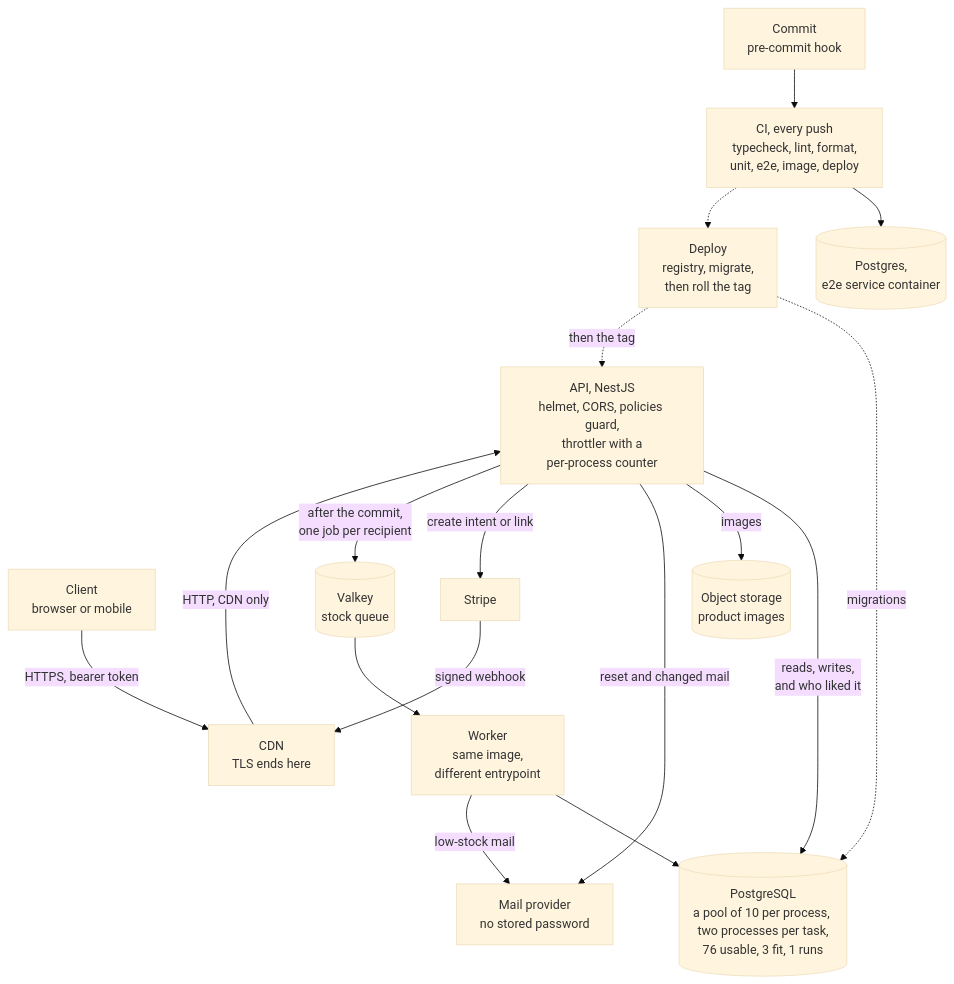
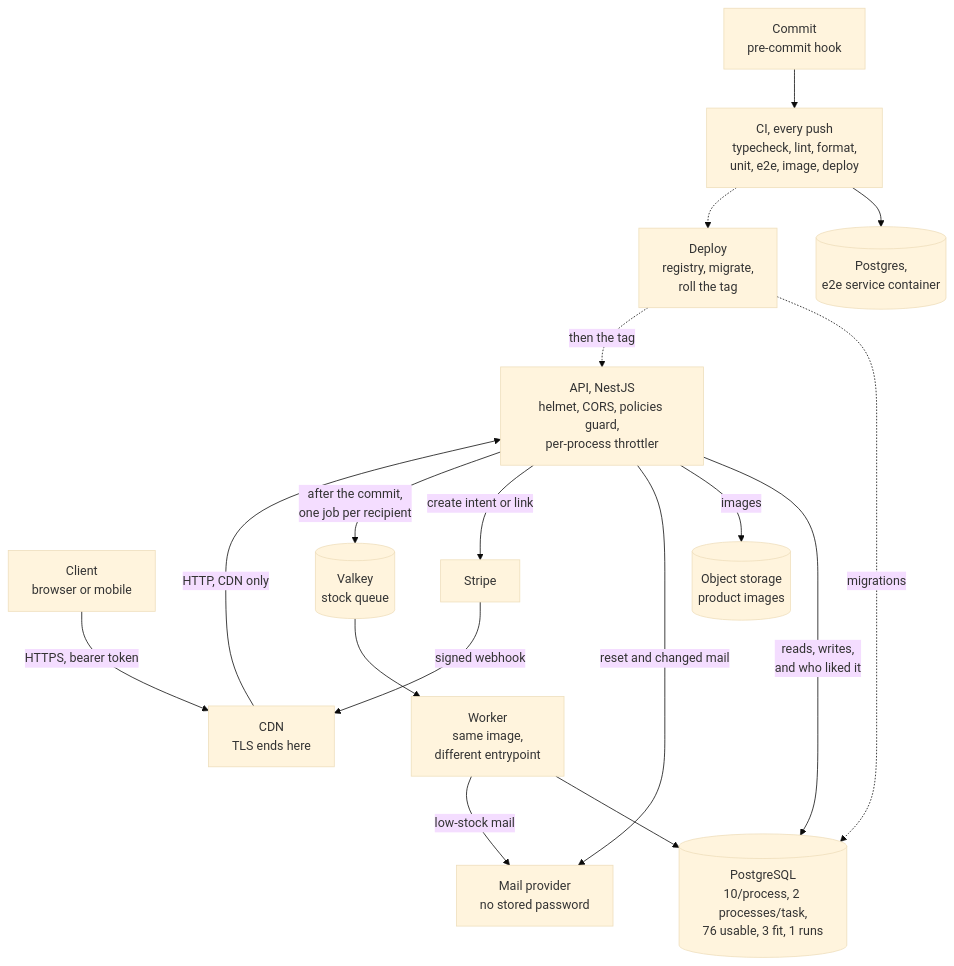
One commit to f3r21/t-shirt-store-api changed the diagram in ARCHITECTURE.md. Above: the diagram before and after it, drawn with Mermaid (base theme). The commit also changed other lines of this file, not shown here.

First line of the commit message:
docs: trim the architecture page under the one-page ceiling

````diff
--- a/ARCHITECTURE.md
+++ b/ARCHITECTURE.md
@@ -5,35 +5,35 @@
 ```mermaid
 flowchart TB
     code["Commit<br/>pre-commit hook"]
     ci["CI, every push<br/>typecheck, lint, format,<br/>unit, e2e, image, deploy"]
     citest[("Postgres,<br/>e2e service container")]
-    deploy["Deploy<br/>registry, migrate,<br/>then roll the tag"]
+    deploy["Deploy<br/>registry, migrate,<br/>roll the tag"]
 
     client["Client<br/>browser or mobile"]
     cdn["CDN<br/>TLS ends here"]
-    api["API, NestJS<br/>helmet, CORS, policies guard,<br/>throttler with a<br/>per-process counter"]
-    pg[("PostgreSQL<br/>a pool of 10 per process, two processes per task,<br/>76 usable, 3 fit, 1 runs")]
+    api["API, NestJS<br/>helmet, CORS, policies guard,<br/>per-process throttler"]
+    pg[("PostgreSQL<br/>10/process, 2 processes/task,<br/>76 usable, 3 fit, 1 runs")]
     store[("Object storage<br/>product images")]
     smtp["Mail provider<br/>no stored password"]
     stripe["Stripe"]
     valkey[("Valkey<br/>stock queue")]
     worker["Worker<br/>same image,<br/>different entrypoint"]
 
     code --> ci
     ci --> citest
     ci -.-> deploy
     deploy -.->|"migrations"| pg
     deploy -.->|"then the tag"| api
 
     client -->|"HTTPS, bearer token"| cdn
     cdn -->|"HTTP, CDN only"| api
     api -->|"reads, writes,<br/>and who liked it"| pg
     api -->|"images"| store
     api -->|"reset and changed mail"| smtp
     api -->|"create intent or link"| stripe
     api -->|"after the commit,<br/>one job per recipient"| valkey
     stripe -->|"signed webhook"| cdn
     valkey --> worker
     worker --> pg
     worker -->|"low-stock mail"| smtp
 ```
````
